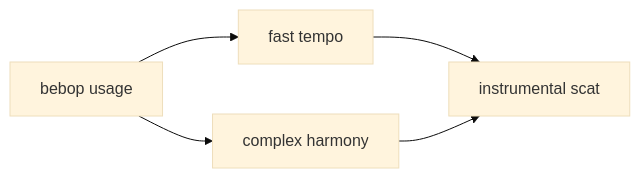
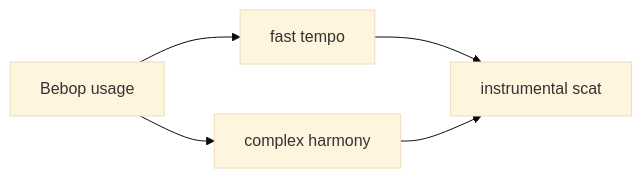
Before and after one commit to monumental-movement/monumental-movement.github.io: the second of 2 diagrams in en/_posts/2026-02-07-column-scat-singing.md, drawn with Mermaid (base theme). The commit also changed other lines of this file and 380 other files, not shown here.

```diff
--- a/en/_posts/2026-02-07-column-scat-singing.md
+++ b/en/_posts/2026-02-07-column-scat-singing.md
@@ -104,7 +104,7 @@
 <div class="mermaid">
 flowchart LR
-    A[bebop usage] --> B[fast tempo]
+    A[Bebop usage] --> B[fast tempo]
     A --> C[complex harmony]
     B --> D[instrumental scat]
     C --> D
 </div>
```
